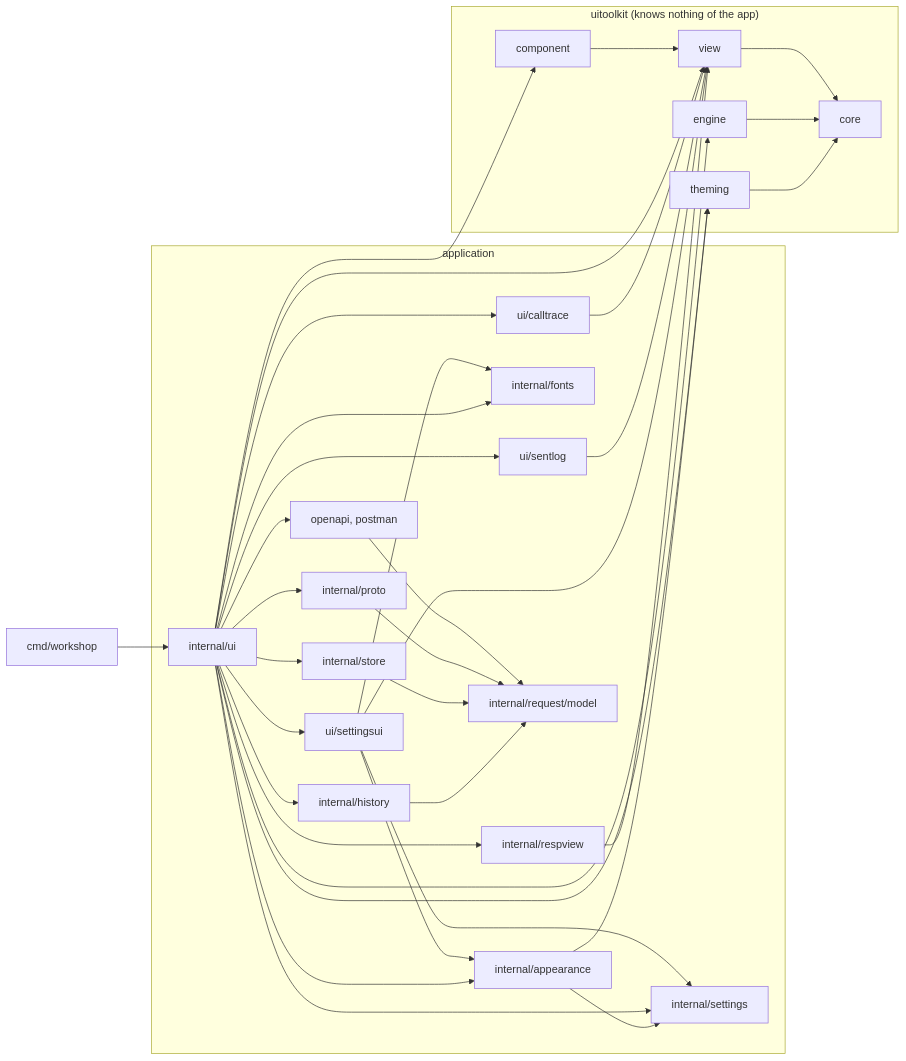
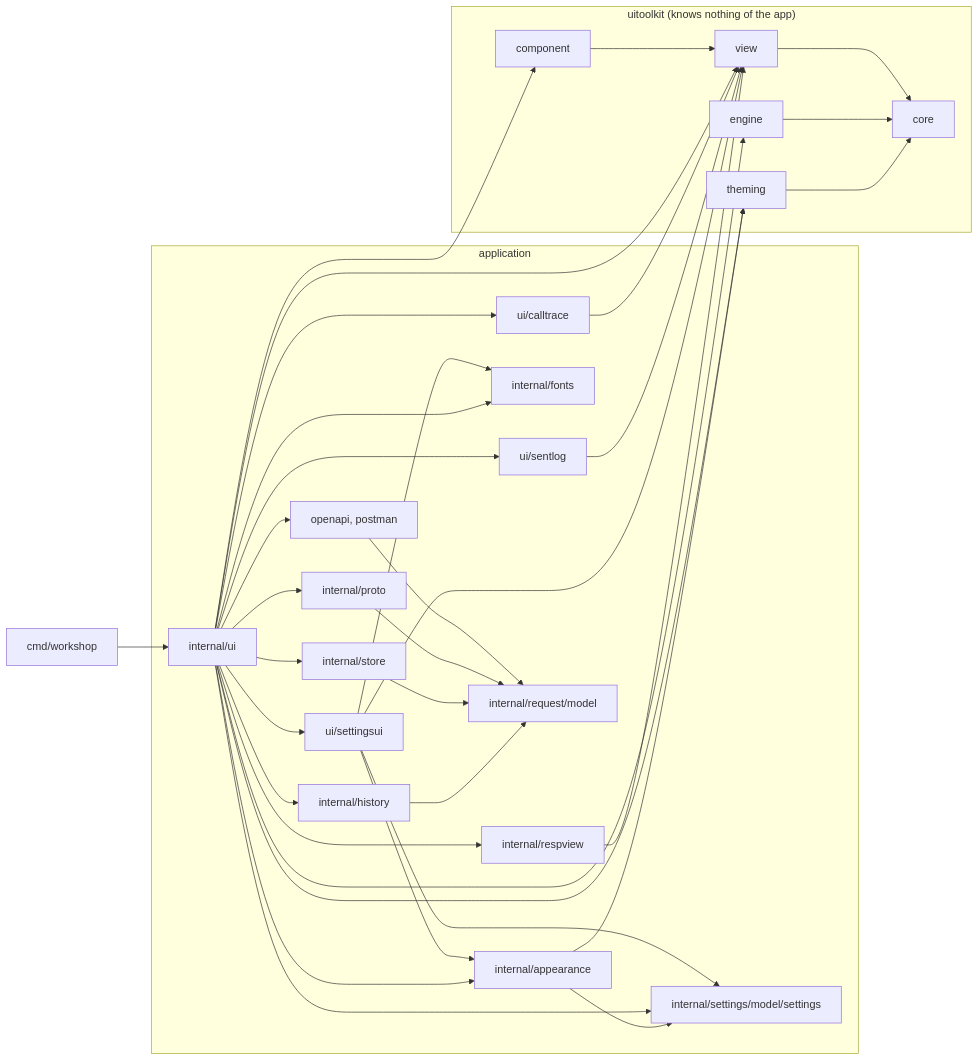
Before and after one commit to gascoigne-ai/gascoigne-workshop: the diagram in .harness/architecture.md, drawn with Mermaid. The commit also changed other lines of this file and 35 other files, not shown here.

First line of the commit message:
refactor(settings): settings moves to internal/settings/model/settings

````diff
--- a/.harness/architecture.md
+++ b/.harness/architecture.md
@@ -5,40 +5,40 @@
 ```mermaid
 flowchart LR
   cmd["cmd/workshop"] --> ui["internal/ui"]
   subgraph app["application"]
     ui --> calltrace["ui/calltrace"]
     ui --> sentlog["ui/sentlog"]
     ui --> settingsui["ui/settingsui"]
     settingsui --> settings
     settingsui --> fonts
     settingsui --> appearance
     ui --> appearance["internal/appearance"]
     ui --> respview["internal/respview"]
     ui --> store["internal/store"]
     ui --> imports["openapi, postman"]
     ui --> fonts["internal/fonts"]
     ui --> history["internal/history"]
-    ui --> settings["internal/settings"]
+    ui --> settings["internal/settings/model/settings"]
     ui --> proto["internal/proto"]
     imports --> model["internal/request/model"]
     proto --> model
     store --> model
     history --> model
   end
   subgraph toolkit["uitoolkit (knows nothing of the app)"]
     component["component"] --> view["view"]
     view --> core["core"]
     engine["engine"] --> core
     theming["theming"] --> core
   end
   ui --> component
   ui --> view
   ui --> engine
   ui --> theming
   calltrace --> view
   sentlog --> view
   settingsui --> view
   appearance --> theming
   appearance --> settings
   respview --> view
 ```
````
